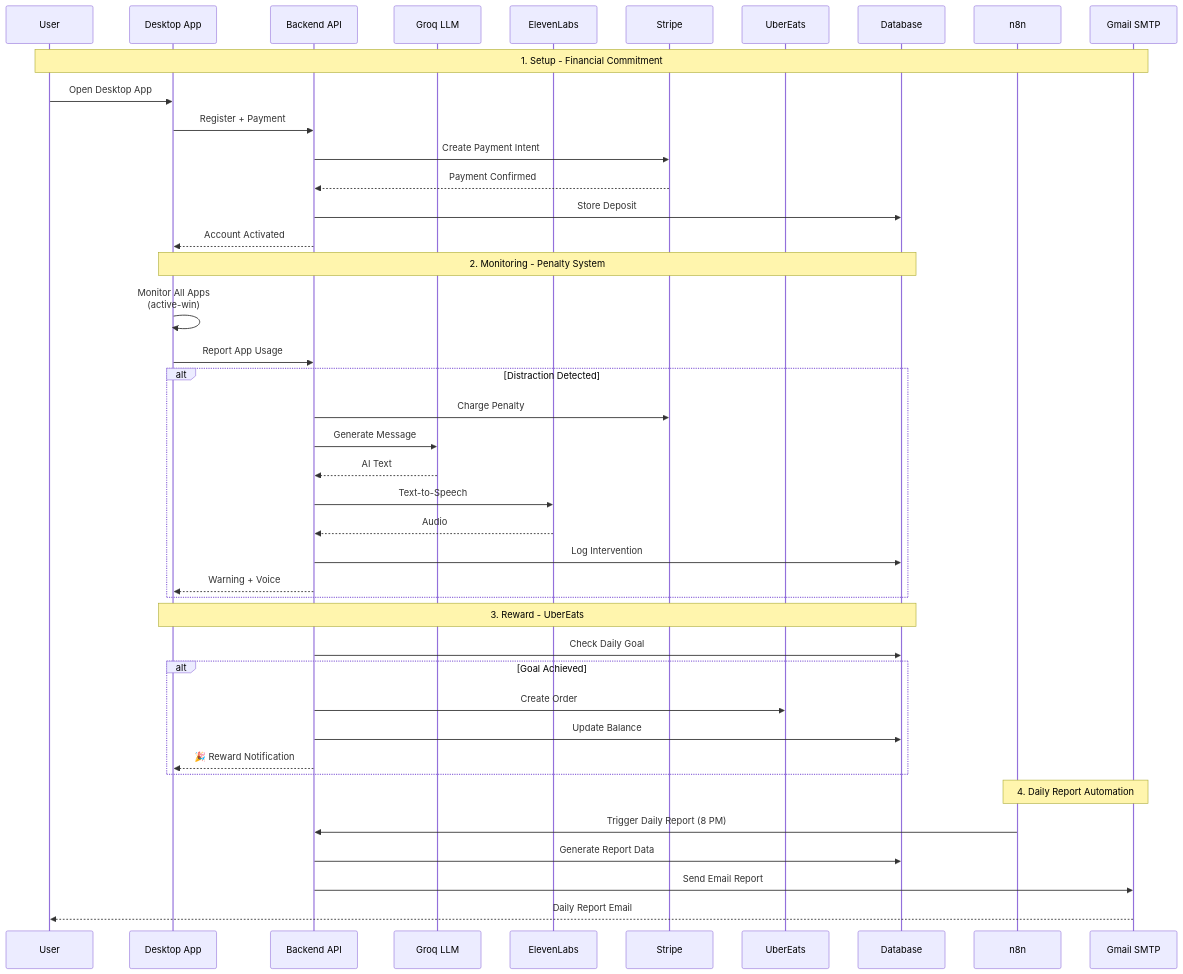
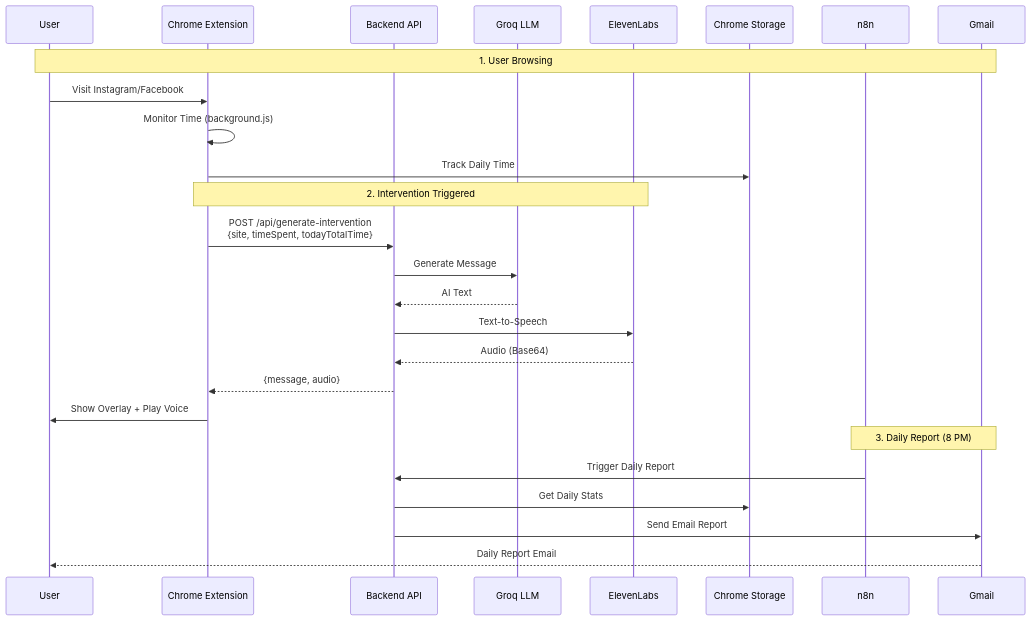
Before and after one commit to Jessi0803/Bad_Habit_Breaker: the second of 2 diagrams in README.md, drawn with Mermaid. The commit also changed other lines of this file, not shown here.

First line of the commit message:
🎨 Simplify architecture based on actual implementation

````diff
--- a/README.md
+++ b/README.md
@@ -448,48 +441,31 @@
 ```mermaid
 sequenceDiagram
     participant User
-    participant Desktop as Desktop App
+    participant Ext as Chrome Extension
     participant Backend as Backend API
     participant Groq as Groq LLM
     participant EL as ElevenLabs
-    participant Stripe as Stripe
-    participant Uber as UberEats
-    participant DB as Database
+    participant Storage as Chrome Storage
     participant n8n as n8n
-    participant Gmail as Gmail SMTP
+    participant Gmail as Gmail
     
-    Note over User,Gmail: 1. Setup - Financial Commitment
-    User->>Desktop: Open Desktop App
-    Desktop->>Backend: Register + Payment
-    Backend->>Stripe: Create Payment Intent
-    Stripe-->>Backend: Payment Confirmed
-    Backend->>DB: Store Deposit
-    Backend-->>Desktop: Account Activated
+    Note over User,Gmail: 1. User Browsing
+    User->>Ext: Visit Instagram/Facebook
+    Ext->>Ext: Monitor Time (background.js)
+    Ext->>Storage: Track Daily Time
     
-    Note over Desktop,DB: 2. Monitoring - Penalty System
-    Desktop->>Desktop: Monitor All Apps<br/>(active-win)
-    Desktop->>Backend: Report App Usage
-    alt Distraction Detected
-        Backend->>Stripe: Charge Penalty
-        Backend->>Groq: Generate Message
-        Groq-->>Backend: AI Text
-        Backend->>EL: Text-to-Speech
-        EL-->>Backend: Audio
-        Backend->>DB: Log Intervention
-        Backend-->>Desktop: Warning + Voice
-    end
+    Note over Ext,EL: 2. Intervention Triggered
+    Ext->>Backend: POST /api/generate-intervention<br/>{site, timeSpent, todayTotalTime}
+    Backend->>Groq: Generate Message
+    Groq-->>Backend: AI Text
+    Backend->>EL: Text-to-Speech
+    EL-->>Backend: Audio (Base64)
+    Backend-->>Ext: {message, audio}
+    Ext->>User: Show Overlay + Play Voice
     
-    Note over Desktop,DB: 3. Reward - UberEats
-    Backend->>DB: Check Daily Goal
-    alt Goal Achieved
-        Backend->>Uber: Create Order
-        Backend->>DB: Update Balance
-        Backend-->>Desktop: 🎉 Reward Notification
-    end
-    
-    Note over n8n,Gmail: 4. Daily Report Automation
-    n8n->>Backend: Trigger Daily Report (8 PM)
-    Backend->>DB: Generate Report Data
+    Note over n8n,Gmail: 3. Daily Report (8 PM)
+    n8n->>Backend: Trigger Daily Report
+    Backend->>Storage: Get Daily Stats
     Backend->>Gmail: Send Email Report
     Gmail-->>User: Daily Report Email
 ```
````
